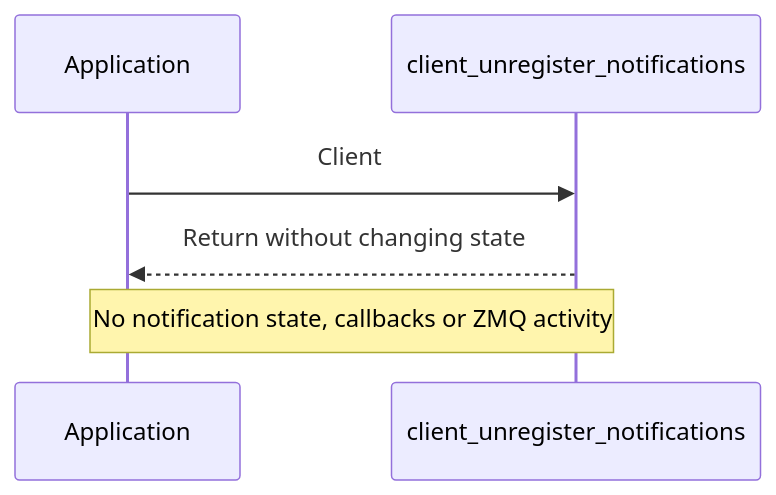
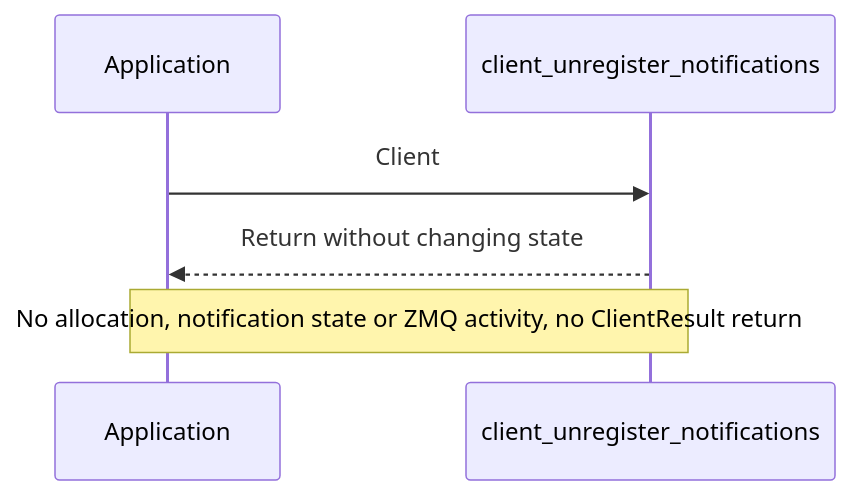
One commit to rdkcentral/eyil-secure-gateway changed diagram 14 of 30 in doc/EyilSecureGateway.md. Above: the diagram before and after it, drawn with Mermaid. The commit also changed other lines of this file and 1 other file, not shown here.

````diff
--- a/doc/EyilSecureGateway.md
+++ b/doc/EyilSecureGateway.md
@@ -1615,8 +1851,8 @@
 ```mermaid
 sequenceDiagram
     participant A as Application
     participant API as client_unregister_notifications
     A->>API: Client
     API-->>A: Return without changing state
-    Note over A,API: No notification state, callbacks or ZMQ activity
+    Note over A,API: No allocation, notification state or ZMQ activity, no ClientResult return
 ```
````
